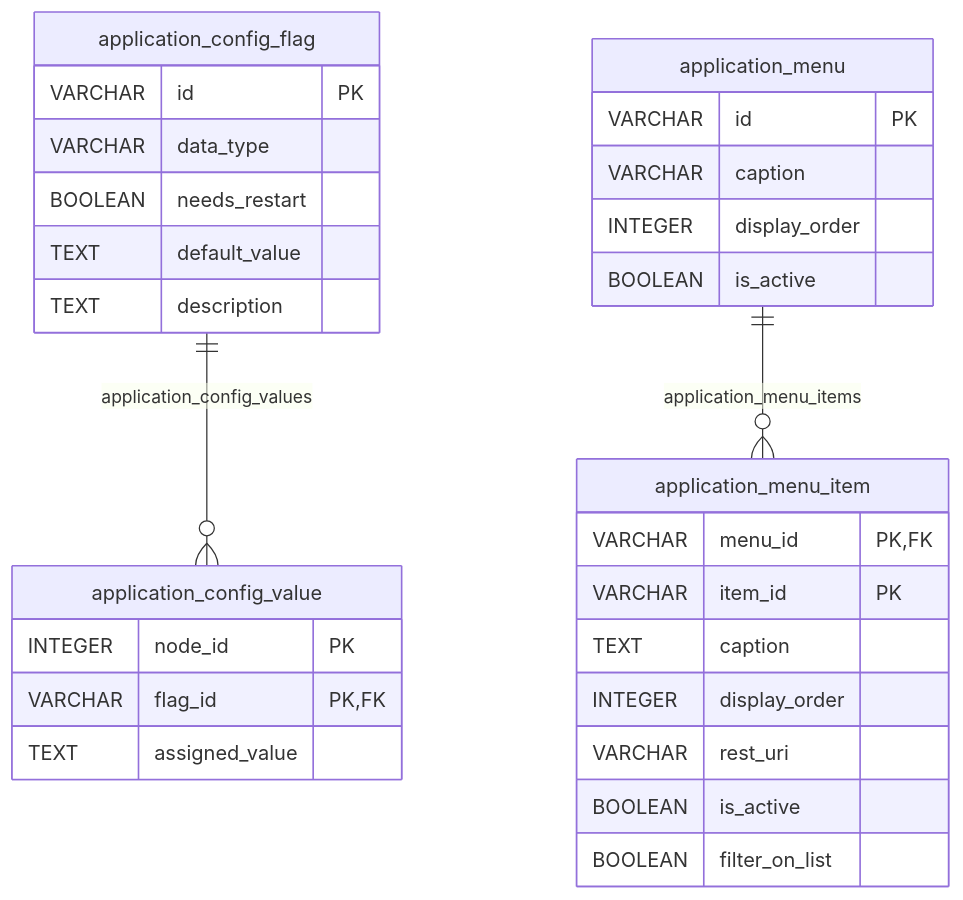
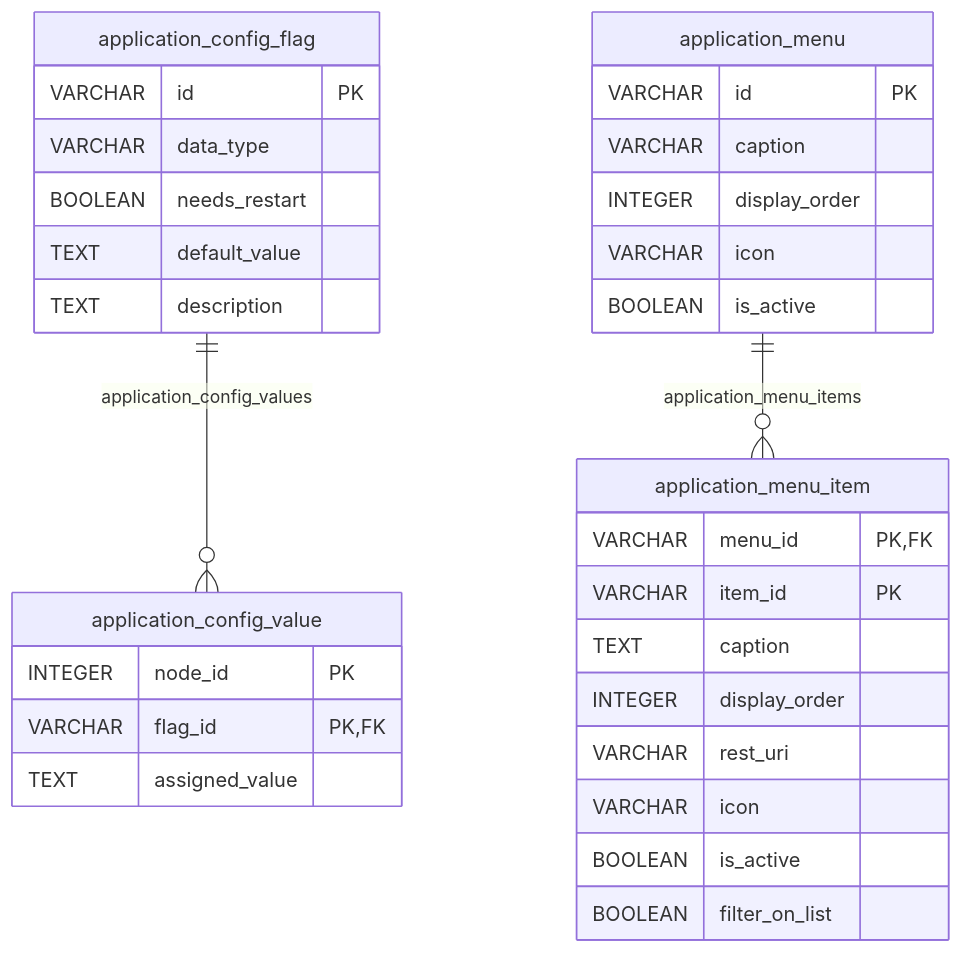
Before and after one commit to nauticana/keel: the fourth of 24 diagrams in doc/database.md, drawn with Mermaid. The commit also changed other lines of this file and 44 other files, not shown here.

````diff
--- a/doc/database.md
+++ b/doc/database.md
@@ -362,34 +362,36 @@
 ```mermaid
 erDiagram
     application_config_flag ||--o{ application_config_value : "application_config_values"
     application_menu ||--o{ application_menu_item : "application_menu_items"
 
     application_config_flag {
         VARCHAR id PK
         VARCHAR data_type
         BOOLEAN needs_restart
         TEXT default_value
         TEXT description
     }
     application_config_value {
         INTEGER node_id PK
         VARCHAR flag_id PK,FK
         TEXT assigned_value
     }
 
     application_menu {
         VARCHAR id PK
         VARCHAR caption
         INTEGER display_order
+        VARCHAR icon
         BOOLEAN is_active
     }
     application_menu_item {
         VARCHAR menu_id PK,FK
         VARCHAR item_id PK
         TEXT caption
         INTEGER display_order
         VARCHAR rest_uri
+        VARCHAR icon
         BOOLEAN is_active
         BOOLEAN filter_on_list
     }
 ```
````
